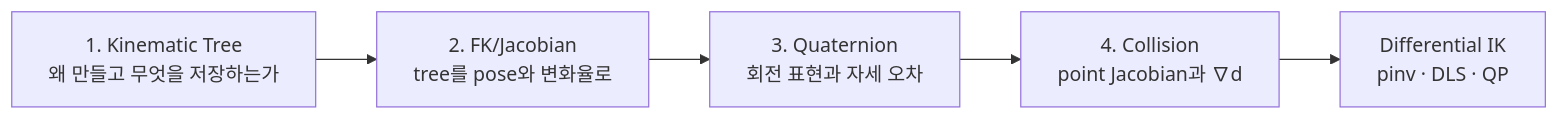
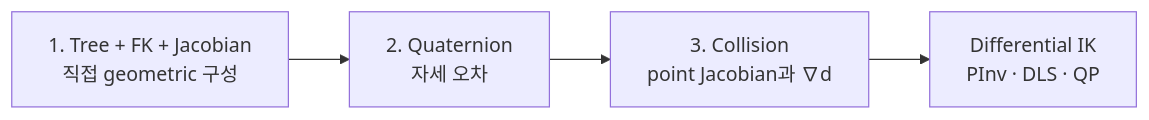
One commit to Geonhee-LEE/aiworker-mj-lab changed the first of 2 diagrams in docs/guide/kinematics.md. Above: the diagram before and after it, drawn with Mermaid. The commit also changed other lines of this file and 54 other files, not shown here.

````diff
--- a/docs/guide/kinematics.md
+++ b/docs/guide/kinematics.md
@@ -24,7 +9,6 @@
 ```mermaid
 flowchart LR
-    T["1. Kinematic Tree<br>왜 만들고 무엇을 저장하는가"] --> F["2. FK/Jacobian<br>tree를 pose와 변화율로"]
-    F --> Q["3. Quaternion<br>회전 표현과 자세 오차"]
-    Q --> C["4. Collision<br>point Jacobian과 ∇d"]
-    C --> D["Differential IK<br>pinv · DLS · QP"]
+    F["1. Tree + FK + Jacobian<br>직접 geometric 구성"] --> Q["2. Quaternion<br>자세 오차"]
+    Q --> C["3. Collision<br>point Jacobian과 ∇d"]
+    C --> D["Differential IK<br>PInv · DLS · QP"]
 ```
````
